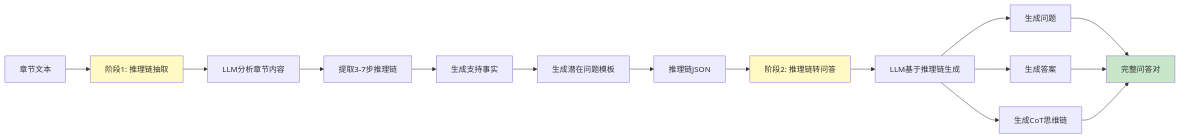
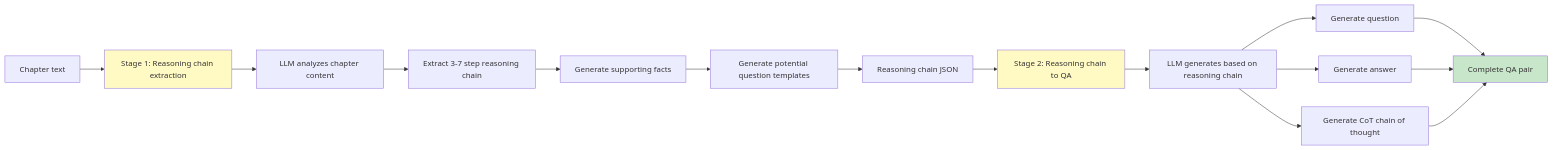
One commit to JackKuo666/QALoop changed the third of 5 diagrams in pipelines/thesis_synthesis/README.md. Above: the diagram before and after it, drawn with Mermaid. The commit also changed other lines of this file and 25 other files, not shown here.

````diff
--- a/pipelines/thesis_synthesis/README.md
+++ b/pipelines/thesis_synthesis/README.md
@@ -89,22 +89,22 @@
 ```mermaid
 flowchart LR
-    A[章节文本] --> B[阶段1: 推理链抽取]
-    B --> C[LLM分析章节内容]
-    C --> D[提取3-7步推理链]
-    D --> E[生成支持事实]
-    E --> F[生成潜在问题模板]
-    F --> G[推理链JSON]
+    A[Chapter text] --> B[Stage 1: Reasoning chain extraction]
+    B --> C[LLM analyzes chapter content]
+    C --> D[Extract 3-7 step reasoning chain]
+    D --> E[Generate supporting facts]
+    E --> F[Generate potential question templates]
+    F --> G[Reasoning chain JSON]
     
-    G --> H[阶段2: 推理链转问答]
-    H --> I[LLM基于推理链生成]
-    I --> J[生成问题]
-    I --> K[生成答案]
-    I --> L[生成CoT思维链]
-    J --> M[完整问答对]
+    G --> H[Stage 2: Reasoning chain to QA]
+    H --> I[LLM generates based on reasoning chain]
+    I --> J[Generate question]
+    I --> K[Generate answer]
+    I --> L[Generate CoT chain of thought]
+    J --> M[Complete QA pair]
     K --> M
     L --> M
     
     style B fill:#fff9c4
     style H fill:#fff9c4
     style M fill:#c8e6c9
 ```
````
